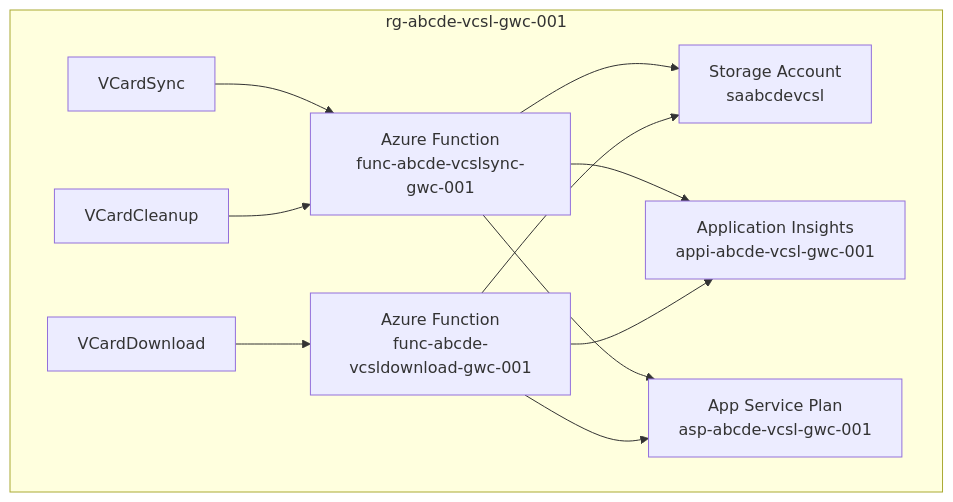
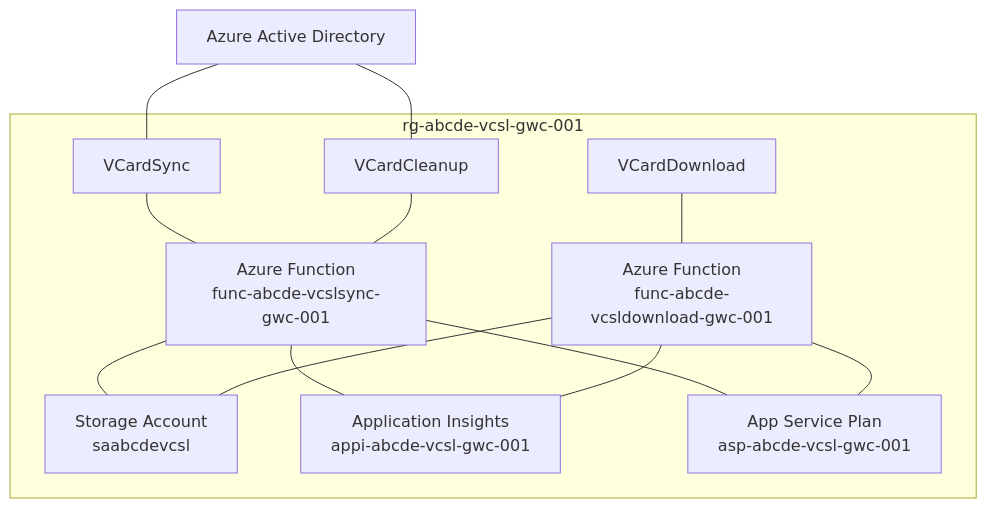
The diagram in README.md (igelspace/VCSL), drawn with Mermaid before and after one commit. The commit also changed other lines of this file and 3 other files, not shown here.

````diff
--- a/README.md
+++ b/README.md
@@ -11,14 +12,16 @@
 ```mermaid
 graph TD
     subgraph rg-abcde-vcsl-gwc-001
-        A[Azure Function<br>func-abcde-vcslsync-gwc-001]-->C[Storage Account<br>saabcdevcsl]
-        B[Azure Function<br>func-abcde-vcsldownload-gwc-001]-->C
-        A-->D[Application Insights<br>appi-abcde-vcsl-gwc-001]
-        B-->D
-        A-->E[App Service Plan<br>asp-abcde-vcsl-gwc-001]
-        B-->E
-        F[VCardSync]-->A
-        G[VCardCleanup]-->A
-        H[VCardDownload]-->B
+        A[Azure Function<br>func-abcde-vcslsync-gwc-001]---C[Storage Account<br>saabcdevcsl]
+        F[VCardSync]---A
+        G[VCardCleanup]---A
+        B[Azure Function<br>func-abcde-vcsldownload-gwc-001]---C
+        A---D[Application Insights<br>appi-abcde-vcsl-gwc-001]
+        B---D
+        A---E[App Service Plan<br>asp-abcde-vcsl-gwc-001]
+        B---E
+        H[VCardDownload]---B
     end
+    I[Azure Active Directory]---F
+    I[Azure Active Directory]---G
 ```
````
